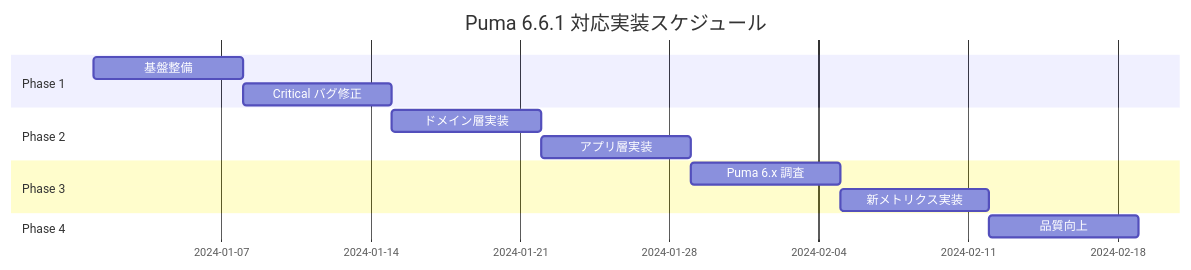
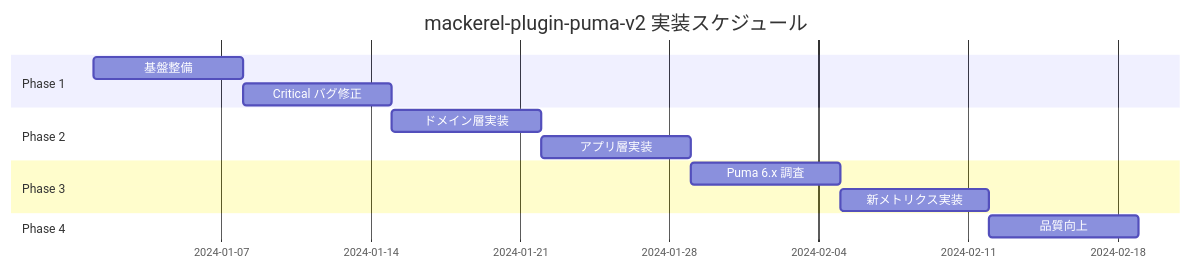
The diagram in docs/implementation-roadmap.md (srockstyle/mackerel-plugin-puma-v2), drawn with Mermaid before and after one commit. The commit also changed other lines of this file and 5 other files, not shown here.

````diff
--- a/docs/implementation-roadmap.md
+++ b/docs/implementation-roadmap.md
@@ -9,16 +9,16 @@
 ```mermaid
 gantt
-    title Puma 6.6.1 対応実装スケジュール
+    title mackerel-plugin-puma-v2 実装スケジュール
     dateFormat  YYYY-MM-DD
     section Phase 1
     基盤整備           :p1, 2024-01-01, 7d
     Critical バグ修正   :p1b, after p1, 7d
     section Phase 2
     ドメイン層実装      :p2a, after p1b, 7d
     アプリ層実装       :p2b, after p2a, 7d
     section Phase 3
     Puma 6.x 調査      :p3a, after p2b, 7d
     新メトリクス実装    :p3b, after p3a, 7d
     section Phase 4
     品質向上          :p4, after p3b, 7d
 ```
````
